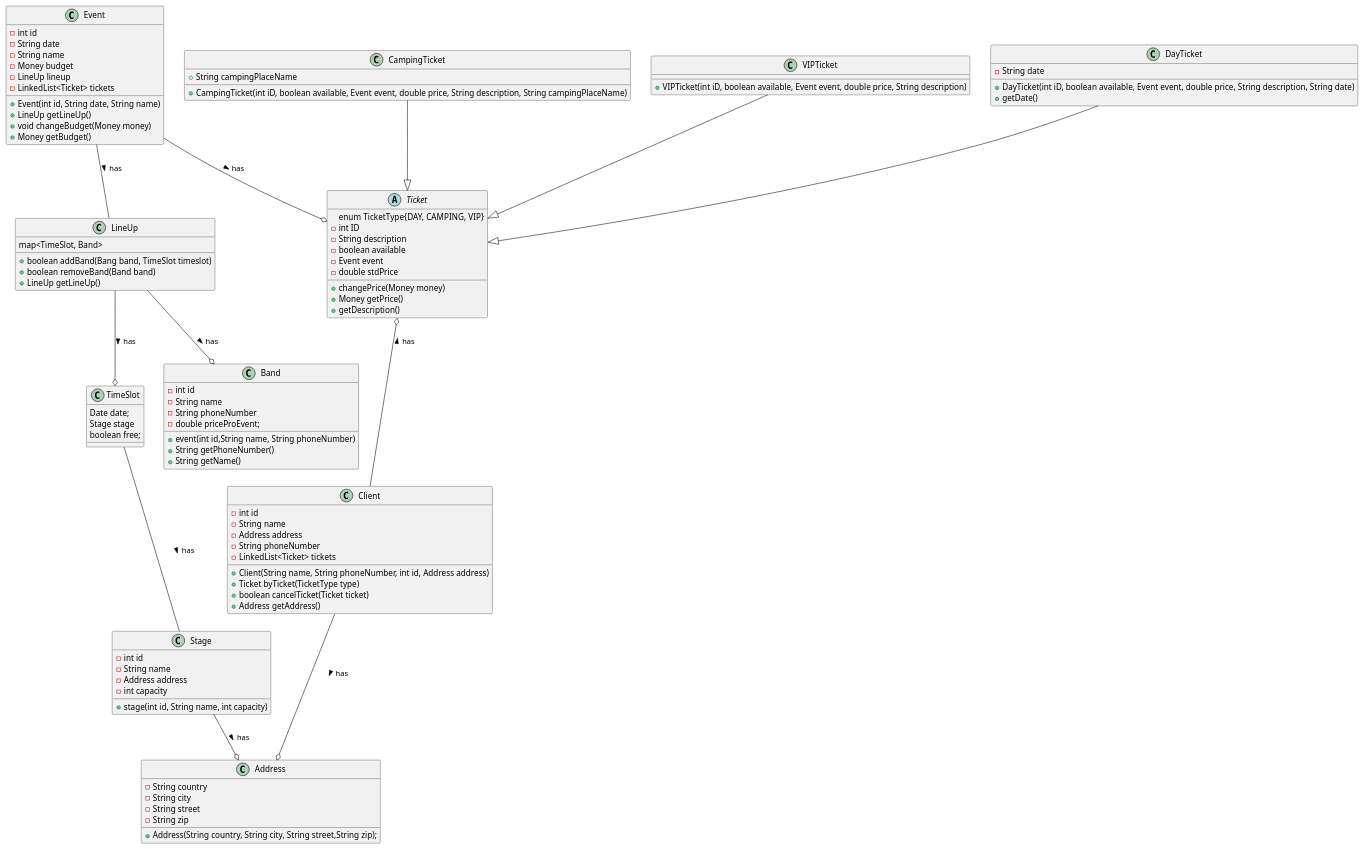
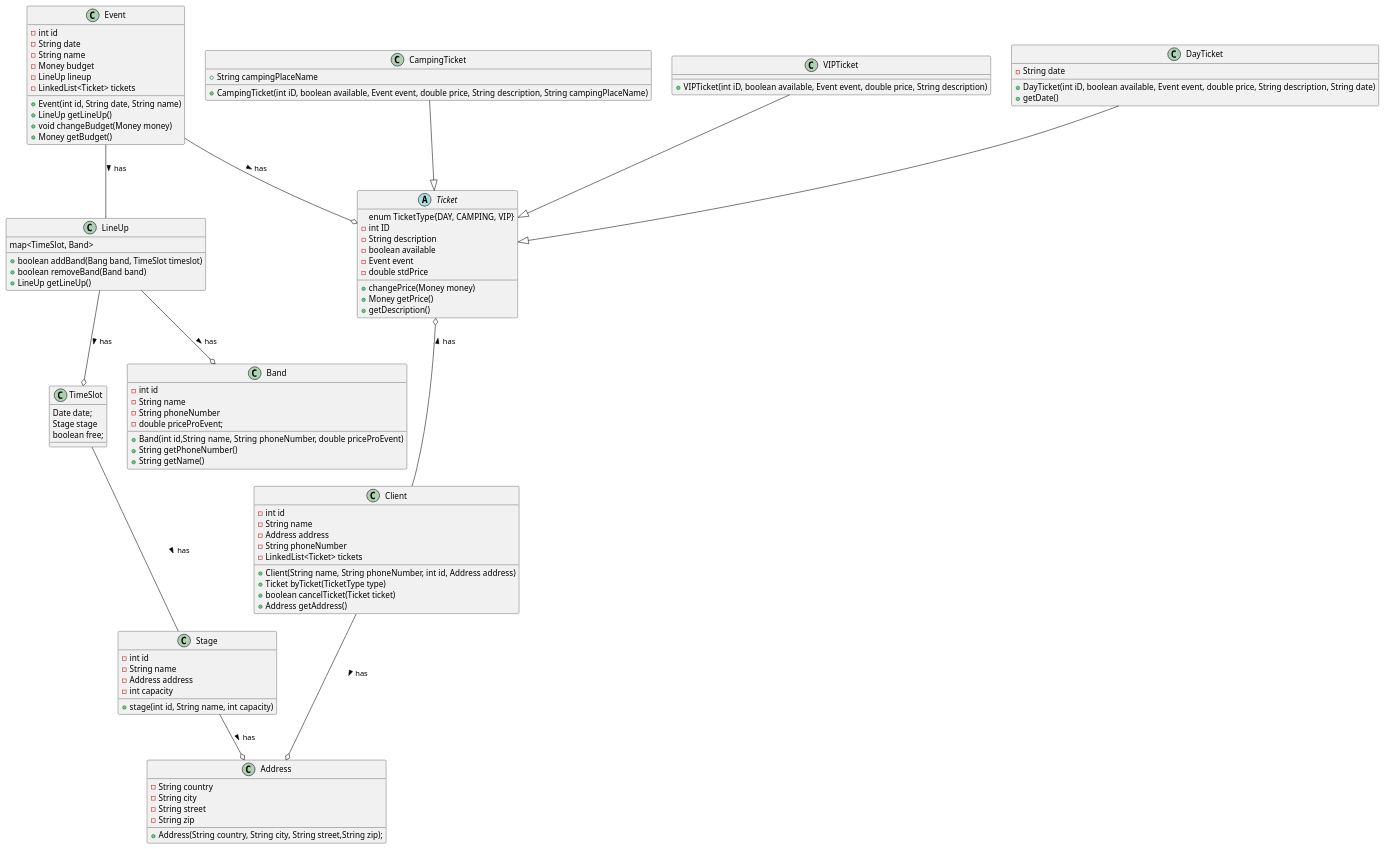
Before and after one commit to fh-erfurt/bord-festival: the diagram in classDiagram.iuml, drawn with PlantUML. The commit also changed 2 other files, not shown here.

```diff
--- a/classDiagram.iuml
+++ b/classDiagram.iuml
@@ -1,96 +1,96 @@
 @startuml
 Event --o Ticket : > has
 Event -- LineUp : > has
 Ticket o-- Client : < has
 CampingTicket --|> Ticket
 VIPTicket --|> Ticket
 DayTicket --|> Ticket
 Stage --o Address : > has
 Client --o Address : > has
 TimeSlot -- Stage : > has
 LineUp --o TimeSlot : > has
 LineUp --o Band : > has
 
 
 class Client{
 -int id
 -String name
 -Address address
 -String phoneNumber
 -LinkedList<Ticket> tickets
 +Client(String name, String phoneNumber, int id, Address address)
 +Ticket byTicket(TicketType type)
 +boolean cancelTicket(Ticket ticket)
 +Address getAddress()
 }
 abstract class Ticket{
 enum TicketType{DAY, CAMPING, VIP}
 -int ID
 -String description
 -boolean available
 -Event event
 -double stdPrice
 +changePrice(Money money)
 +Money getPrice()
 +getDescription()
 }
 
 class Event{
 -int id
 -String date
 -String name
 -Money budget
 -LineUp lineup
 -LinkedList<Ticket> tickets
 +Event(int id, String date, String name)
 +LineUp getLineUp()
 +void changeBudget(Money money)
 +Money getBudget()
 }
 class Band{
 -int id
 -String name
 -String phoneNumber
 -double priceProEvent;
-+event(int id,String name, String phoneNumber)
++Band(int id,String name, String phoneNumber, double priceProEvent)
 +String getPhoneNumber()
 +String getName()
 }
 class Stage{
 -int id
 -String name
 -Address address
 -int capacity
 +stage(int id, String name, int capacity)
 }
 class Address{
 -String country
 -String city
 -String street
 -String zip
 +Address(String country, String city, String street,String zip);
 }
 class DayTicket{
 -String date
 +DayTicket(int iD, boolean available, Event event, double price, String description, String date)
 +getDate()
 }
 class CampingTicket{
 +String campingPlaceName
 +CampingTicket(int iD, boolean available, Event event, double price, String description, String campingPlaceName)
 }
 class VIPTicket{
 +VIPTicket(int iD, boolean available, Event event, double price, String description)
 }
 class LineUp{
 map<TimeSlot, Band>
 +boolean addBand(Bang band, TimeSlot timeslot)
 +boolean removeBand(Band band)
 +LineUp getLineUp()
 }
 class TimeSlot{
 Date date;
 Stage stage
 boolean free;
 }
 @enduml
```
